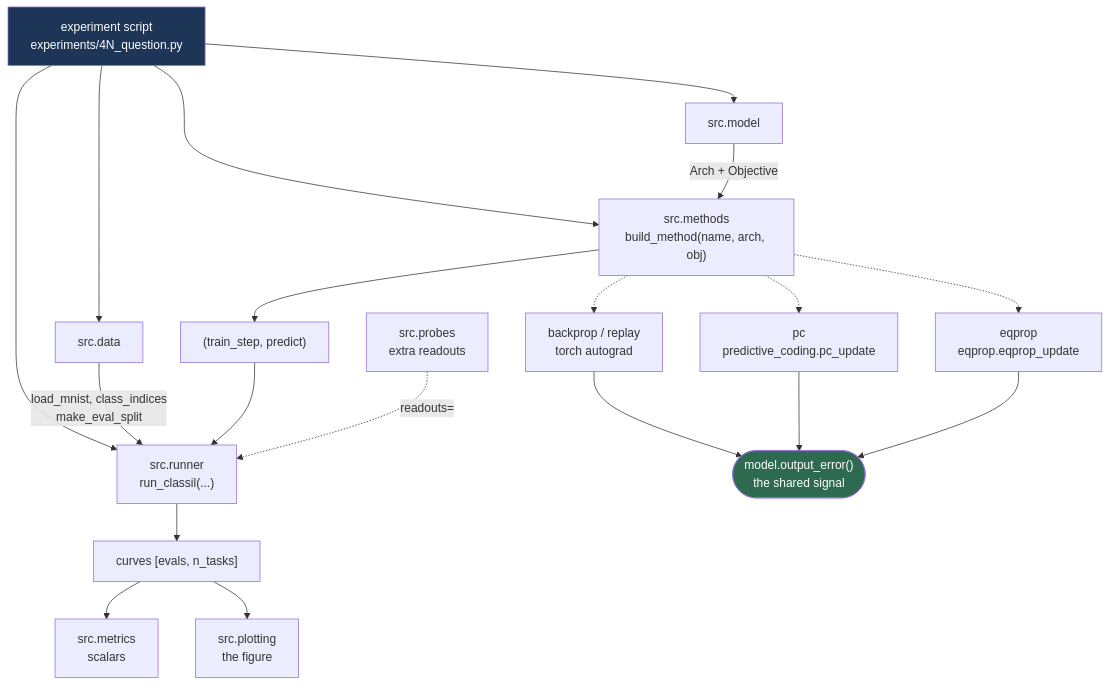
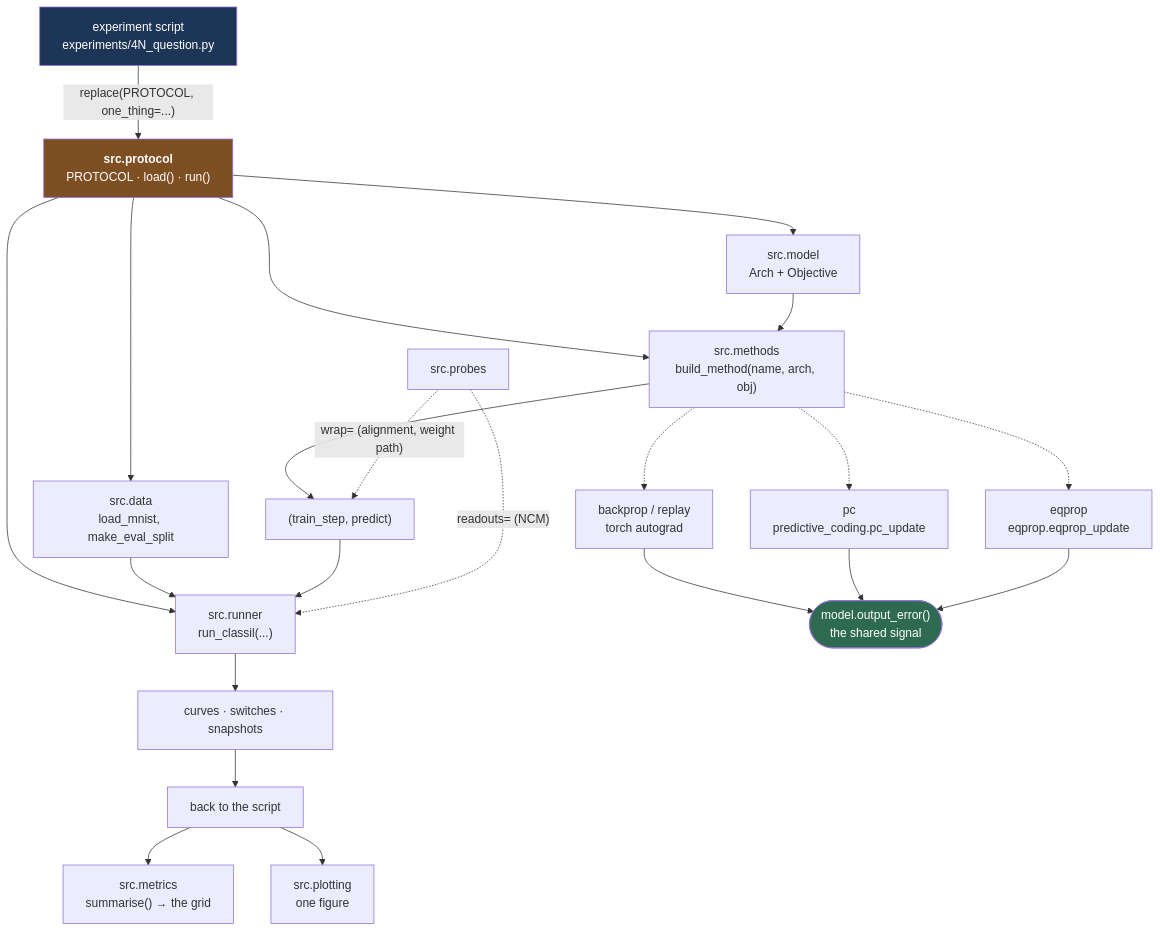
The diagram in claude_code_management/code_map.md (lldvdll/Research-Project), drawn with Mermaid before and after one commit. The commit also changed other lines of this file and 7 other files, not shown here.

````diff
--- a/claude_code_management/code_map.md
+++ b/claude_code_management/code_map.md
@@ -28,31 +28,37 @@
 ```mermaid
 flowchart TD
     S["experiment script<br/>experiments/4N_question.py"]
+    S -->|"replace(PROTOCOL, one_thing=...)"| PR
 
-    S --> D[src.data]
-    S --> M[src.model]
-    S --> B["src.methods<br/>build_method(name, arch, obj)"]
-    S --> R["src.runner<br/>run_classil(...)"]
+    PR["<b>src.protocol</b><br/>PROTOCOL · load() · run()"]
 
-    D -->|"load_mnist, class_indices<br/>make_eval_split"| R
-    M -->|"Arch + Objective"| B
+    PR --> D["src.data<br/>load_mnist, make_eval_split"]
+    PR --> M["src.model<br/>Arch + Objective"]
+    PR --> B["src.methods<br/>build_method(name, arch, obj)"]
+    PR --> R["src.runner<br/>run_classil(...)"]
 
+    M --> B
+    D --> R
     B --> T["(train_step, predict)"]
     T --> R
 
     B -.-> BP["backprop / replay<br/>torch autograd"]
     B -.-> PC["pc<br/>predictive_coding.pc_update"]
     B -.-> EP["eqprop<br/>eqprop.eqprop_update"]
 
     BP --> OE(["model.output_error()<br/>the shared signal"])
     PC --> OE
     EP --> OE
 
-    R --> C["curves [evals, n_tasks]"]
-    C --> MET["src.metrics<br/>scalars"]
-    C --> PL["src.plotting<br/>the figure"]
-    P["src.probes<br/>extra readouts"] -.->|"readouts="| R
+    R --> C["curves · switches · snapshots"]
+    C --> S2["back to the script"]
+    S2 --> MET["src.metrics<br/>summarise() → the grid"]
+    S2 --> PL["src.plotting<br/>one figure"]
+
+    P["src.probes"] -.->|"readouts= (NCM)"| R
+    P -.->|"wrap= (alignment, weight path)"| T
 
     style OE fill:#2d6a4f,color:#fff
+    style PR fill:#7f4f24,color:#fff
     style S fill:#1d3557,color:#fff
 ```
````
